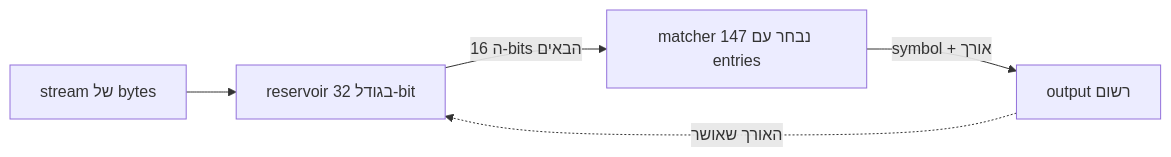
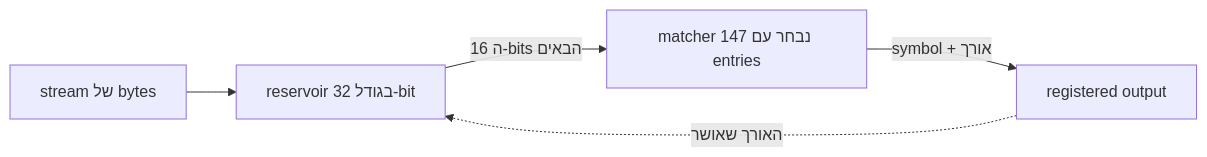
The first of 10 diagrams in report in hebrew/03_hardware_architecture.md (Tydox/Auxilary-Notes), drawn with Mermaid before and after one commit. The commit also changed other lines of this file and 5 other files, not shown here.

````diff
--- a/report in hebrew/03_hardware_architecture.md
+++ b/report in hebrew/03_hardware_architecture.md
@@ -18,7 +18,7 @@
 ```mermaid
 flowchart LR
     B["stream של bytes"] --> R["reservoir בגודל 32-bit"]
     R -->|"16 ה-bits הבאים"| M["matcher נבחר עם 147 entries"]
-    M -->|"symbol + אורך"| O["output רשום"]
+    M -->|"symbol + אורך"| O["registered output"]
     O -.->|האורך שאושר| R
 ```
````
